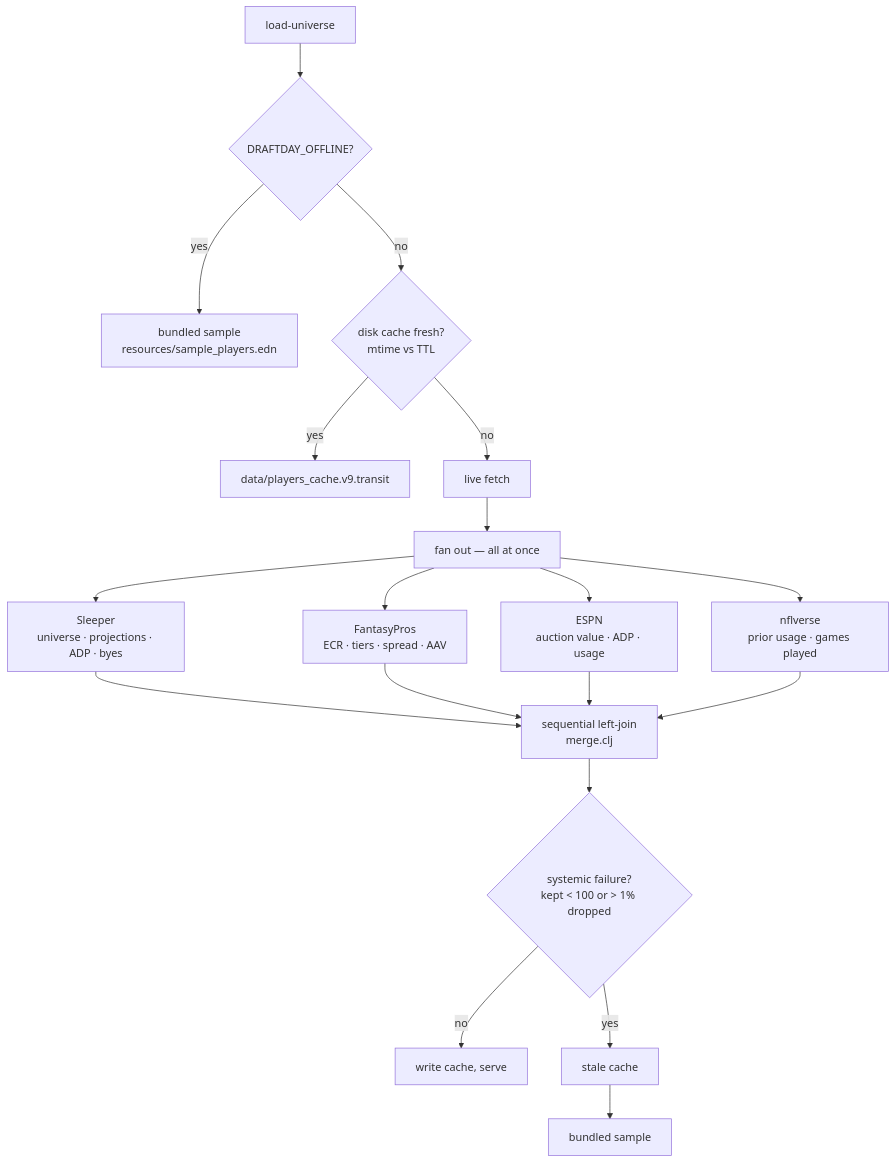
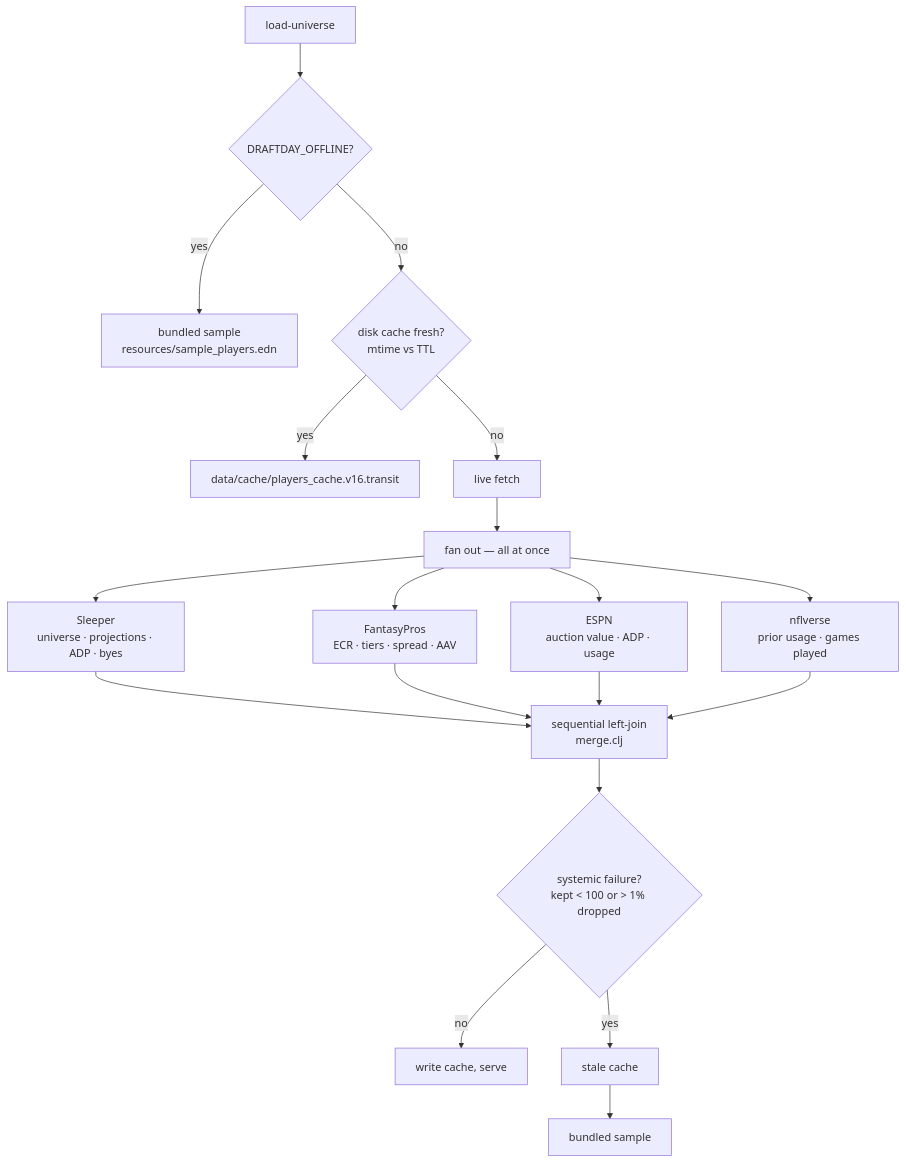
Before and after one commit to RockChalkJay/draft-day-clj: the second of 3 diagrams in README.md, drawn with Mermaid. The commit also changed other lines of this file and 7 other files, not shown here.

First line of the commit message:
keep provider caches under data/cache

````diff
--- a/README.md
+++ b/README.md
@@ -411,24 +411,24 @@
 ```mermaid
 flowchart TD
     start["load-universe"] --> off{"DRAFTDAY_OFFLINE?"}
     off -- yes --> sample["bundled sample<br/>resources/sample_players.edn"]
     off -- no --> fresh{"disk cache fresh?<br/>mtime vs TTL"}
-    fresh -- yes --> cached["data/players_cache.v9.transit"]
+    fresh -- yes --> cached["data/cache/players_cache.v16.transit"]
     fresh -- no --> live["live fetch"]
 
     live --> fan["fan out — all at once"]
     fan --> sleeper["Sleeper<br/>universe · projections · ADP · byes"]
     fan --> fp["FantasyPros<br/>ECR · tiers · spread · AAV"]
     fan --> espn["ESPN<br/>auction value · ADP · usage"]
     fan --> nfl["nflverse<br/>prior usage · games played"]
 
     sleeper --> join["sequential left-join<br/>merge.clj"]
     fp --> join
     espn --> join
     nfl --> join
 
     join --> gate{"systemic failure?<br/>kept &lt; 100 or &gt; 1% dropped"}
     gate -- no --> write["write cache, serve"]
     gate -- yes --> stale["stale cache"]
     stale --> sample2["bundled sample"]
 ```
````
